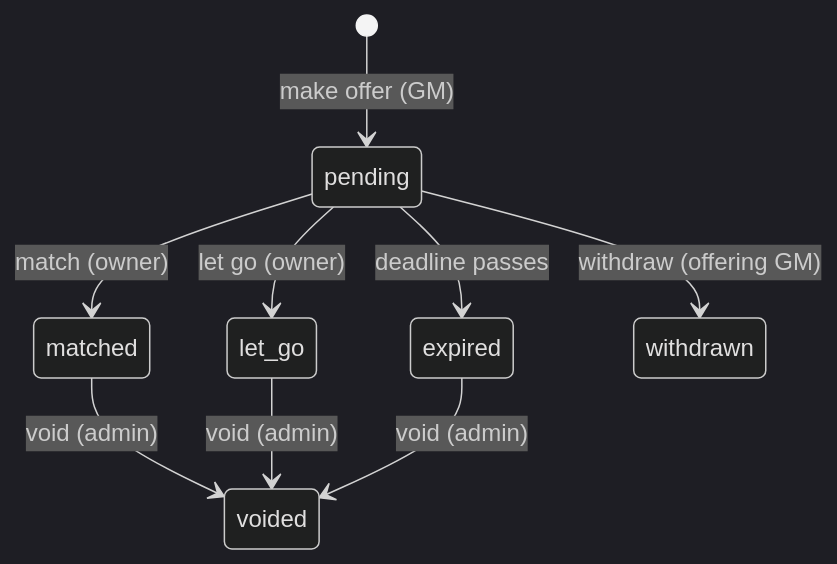
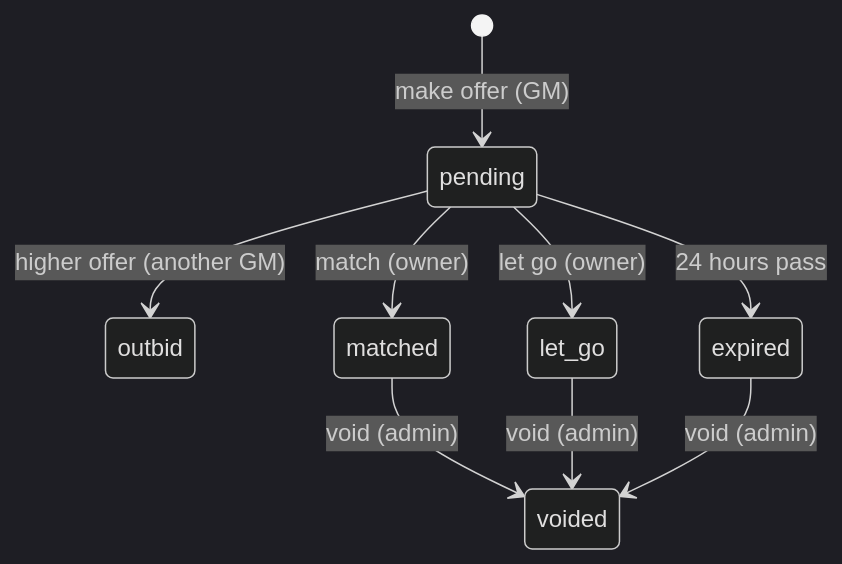
The third of 4 diagrams in docs/offseason-plan.md (foreverhomes/cfl-manager), drawn with Mermaid (dark theme) before and after one commit. The commit also changed other lines of this file and 1 other file, not shown here.

````diff
--- a/docs/offseason-plan.md
+++ b/docs/offseason-plan.md
@@ -273,11 +312,11 @@
 ```mermaid
 stateDiagram-v2
     [*] --> pending: make offer (GM)
+    pending --> outbid: higher offer (another GM)
     pending --> matched: match (owner)
     pending --> let_go: let go (owner)
-    pending --> expired: deadline passes
-    pending --> withdrawn: withdraw (offering GM)
+    pending --> expired: 24 hours pass
     matched --> voided: void (admin)
     let_go --> voided: void (admin)
     expired --> voided: void (admin)
 ```
````
